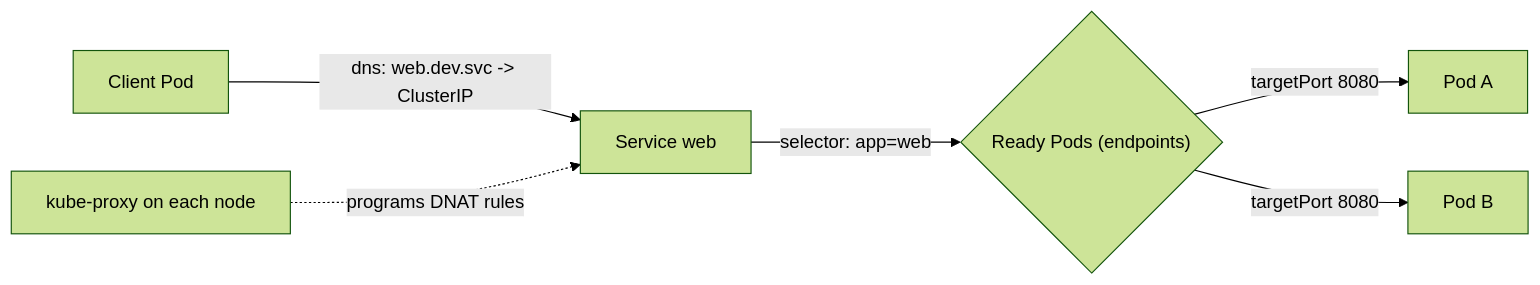
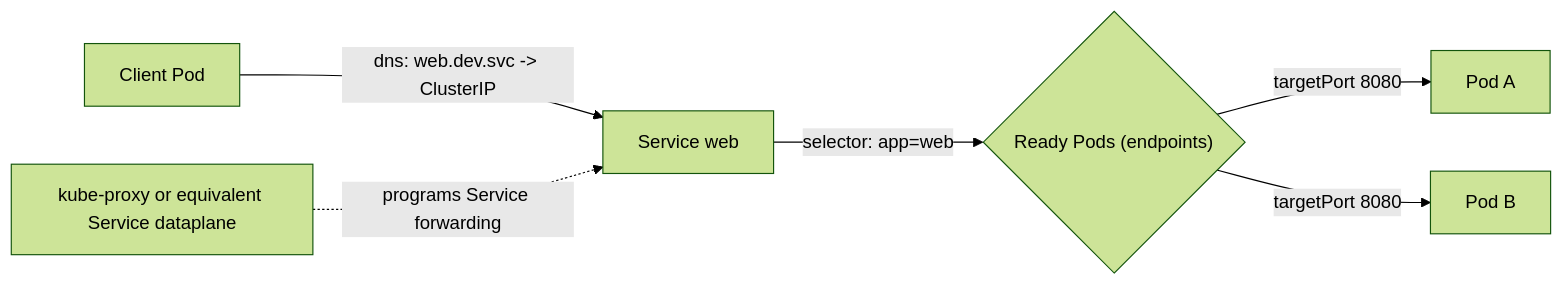
Before and after one commit to karthikreddy432/CKAD: diagram 42 of 53 in CKAD_notes.md, drawn with Mermaid (forest theme). The commit also changed other lines of this file, not shown here.

````diff
--- a/CKAD_notes.md
+++ b/CKAD_notes.md
@@ -6961,8 +6964,8 @@
 ```mermaid
 flowchart LR
     C[Client Pod] -->|"dns: web.dev.svc -> ClusterIP"| S[Service web]
     S -->|"selector: app=web"| E{"Ready Pods (endpoints)"}
     E -->|"targetPort 8080"| P1["Pod A"]
     E -->|"targetPort 8080"| P2["Pod B"]
-    KP[kube-proxy on each node] -.->|programs DNAT rules| S
+    KP["kube-proxy or equivalent Service dataplane"] -.->|programs Service forwarding| S
 ```
````
